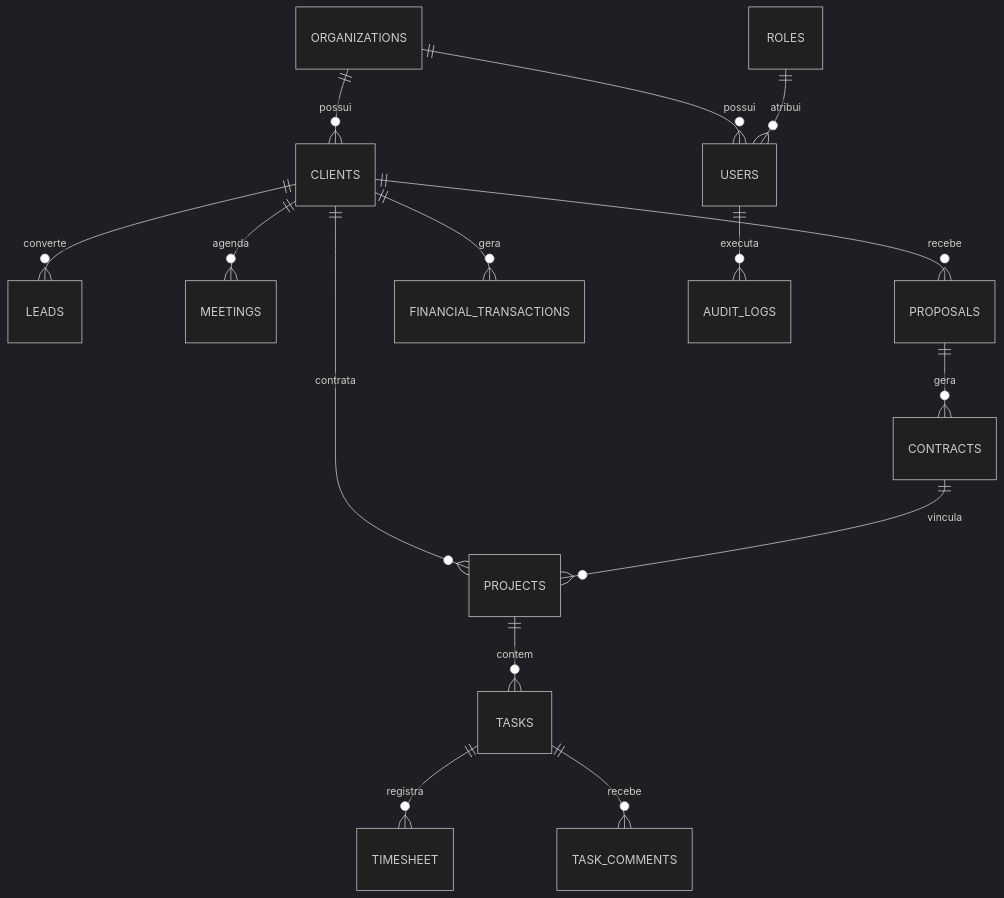
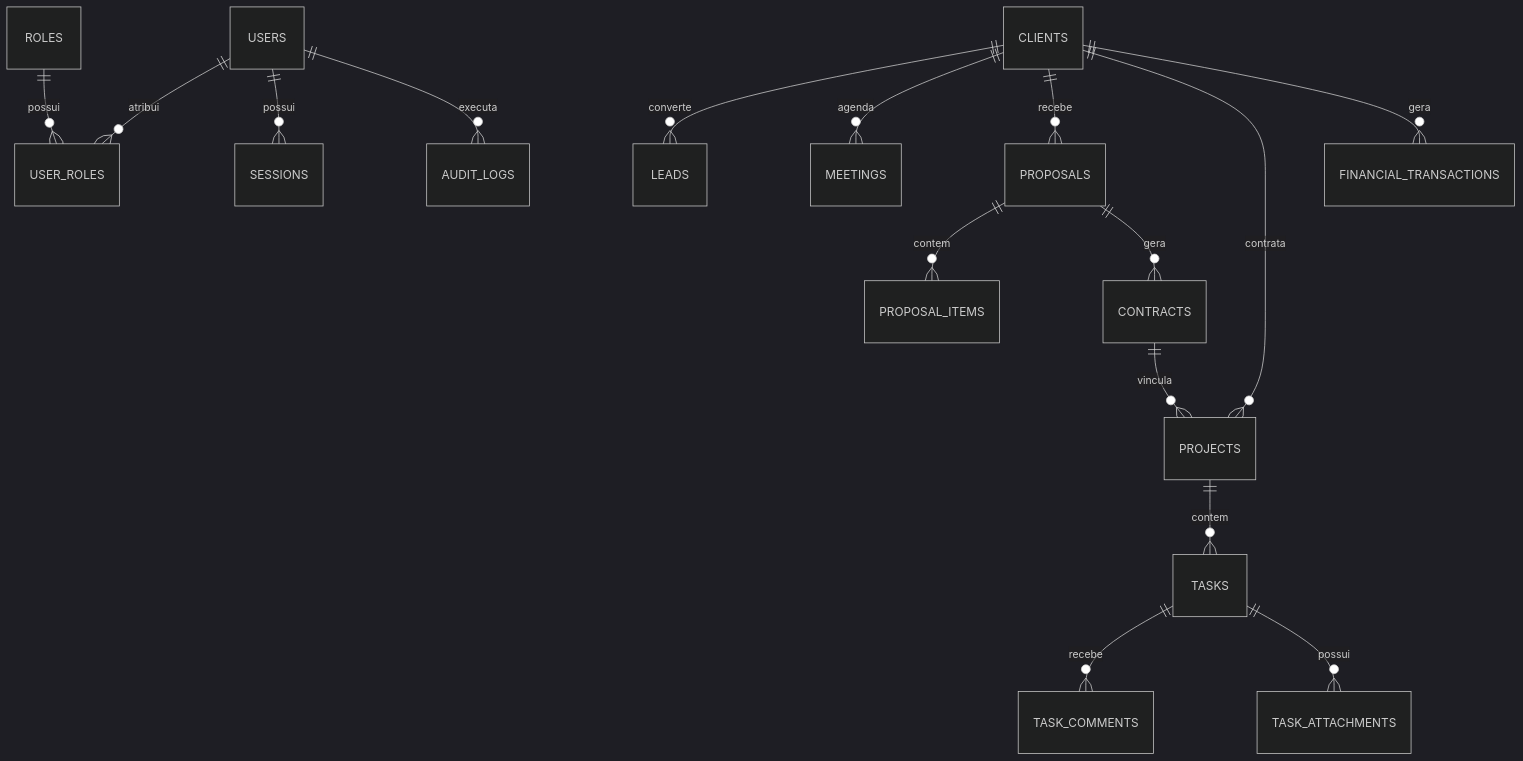
One commit to lyvoxconsult/lyvoxcorp changed the diagram in docs/planejamento/08-MODELAGEM-POSTGRESQL-E-DICIONARIO-DE-DADOS.md. Above: the diagram before and after it, drawn with Mermaid (dark theme). The commit also changed other lines of this file and 28 other files, not shown here.

````diff
--- a/docs/planejamento/08-MODELAGEM-POSTGRESQL-E-DICIONARIO-DE-DADOS.md
+++ b/docs/planejamento/08-MODELAGEM-POSTGRESQL-E-DICIONARIO-DE-DADOS.md
@@ -39,21 +38,22 @@
 ```mermaid
 erDiagram
-    ORGANIZATIONS ||--o{ USERS : possui
-    ORGANIZATIONS ||--o{ CLIENTS : possui
-    ROLES ||--o{ USERS : atribui
+    ROLES ||--o{ USER_ROLES : possui
+    USERS ||--o{ USER_ROLES : atribui
+    USERS ||--o{ SESSIONS : possui
     
     CLIENTS ||--o{ LEADS : converte
     CLIENTS ||--o{ MEETINGS : agenda
     CLIENTS ||--o{ PROPOSALS : recebe
     CLIENTS ||--o{ PROJECTS : contrata
     CLIENTS ||--o{ FINANCIAL_TRANSACTIONS : gera
 
+    PROPOSALS ||--o{ PROPOSAL_ITEMS : contem
     PROPOSALS ||--o{ CONTRACTS : gera
     CONTRACTS ||--o{ PROJECTS : vincula
 
     PROJECTS ||--o{ TASKS : contem
-    TASKS ||--o{ TIMESHEET : registra
     TASKS ||--o{ TASK_COMMENTS : recebe
+    TASKS ||--o{ TASK_ATTACHMENTS : possui
 
     USERS ||--o{ AUDIT_LOGS : executa
 ```
````
